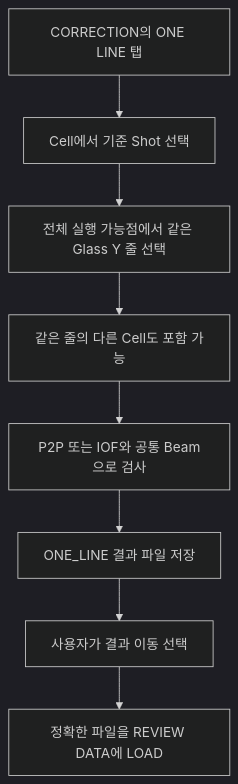
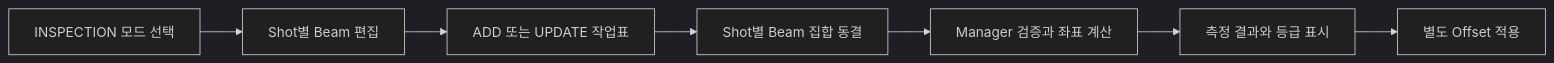
Before and after one commit to kjuws10-rgb/Shared: the second of 2 diagrams in A3 LD Code Ref/manual/review/01_Review_계획과_좌표계.md, drawn with Mermaid (dark theme). The commit also changed other lines of this file and 1984 other files, not shown here.

Commit message:
docs(a3): update 11.17.0 architecture and complete code reference

````diff
--- a/A3 LD Code Ref/manual/review/01_Review_계획과_좌표계.md
+++ b/A3 LD Code Ref/manual/review/01_Review_계획과_좌표계.md
@@ -130,10 +137,9 @@
-~~~mermaid
-flowchart TD
- A[CORRECTION의 ONE LINE 탭] --> B[Cell에서 기준 Shot 선택]
- B --> C[전체 실행 가능점에서 같은 Glass Y 줄 선택]
- C --> D[같은 줄의 다른 Cell도 포함 가능]
- D --> E[P2P 또는 IOF와 공통 Beam으로 검사]
- E --> F[ONE_LINE 결과 파일 저장]
- F --> G[사용자가 결과 이동 선택]
- G --> H[정확한 파일을 REVIEW DATA에 LOAD]
-~~~
+```mermaid
+flowchart LR
+ A[INSPECTION 모드 선택] --> B[Shot별 Beam 편집]
+ B --> C[ADD 또는 UPDATE 작업표]
+ C --> D[Shot별 Beam 집합 동결]
+ D --> E[Manager 검증과 좌표 계산]
+ E --> F[측정 결과와 등급 표시]
+ F --> G[별도 Offset 적용]
+```
````
